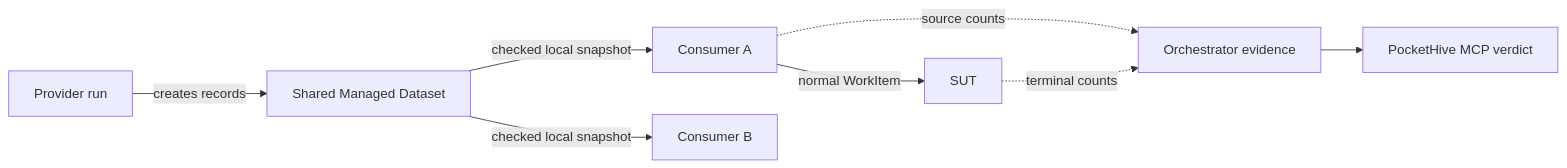
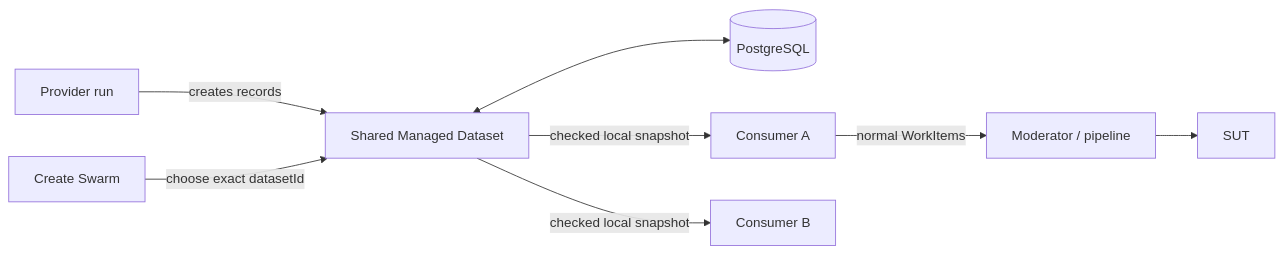
Before and after one commit to sepa79/PocketHive: the diagram in docs/inProgress/managed-datasets-team-overview-plain-language.md, drawn with Mermaid. The commit also changed other lines of this file and 3 other files, not shown here.

````diff
--- a/docs/inProgress/managed-datasets-team-overview-plain-language.md
+++ b/docs/inProgress/managed-datasets-team-overview-plain-language.md
@@ -28,10 +24,10 @@
 ```mermaid
 flowchart LR
-  P["Provider run"] -->|creates records| D["Shared Managed Dataset"]
-  D -->|checked local snapshot| A["Consumer A"]
-  D -->|checked local snapshot| B["Consumer B"]
-  A -->|normal WorkItem| S["SUT"]
-  A -. source counts .-> E["Orchestrator evidence"]
-  S -. terminal counts .-> E
-  E --> MCP["PocketHive MCP verdict"]
+  P["Provider run"] -->|"creates records"| D["Shared Managed Dataset"]
+  D <--> PG[("PostgreSQL")]
+  CS["Create Swarm"] -->|"choose exact datasetId"| D
+  D -->|"checked local snapshot"| A["Consumer A"]
+  D -->|"checked local snapshot"| B["Consumer B"]
+  A -->|"normal WorkItems"| M["Moderator / pipeline"]
+  M --> S["SUT"]
 ```
````
